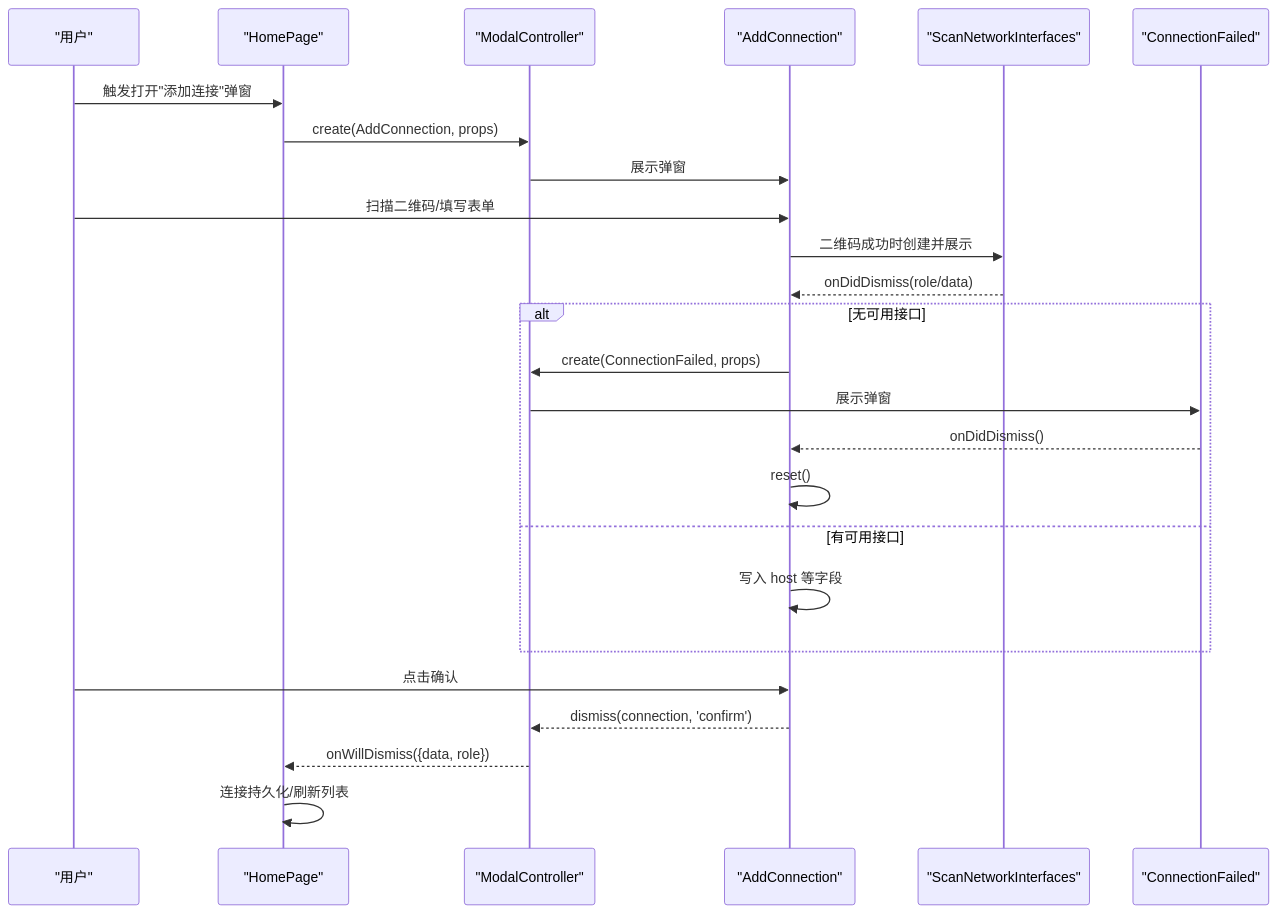
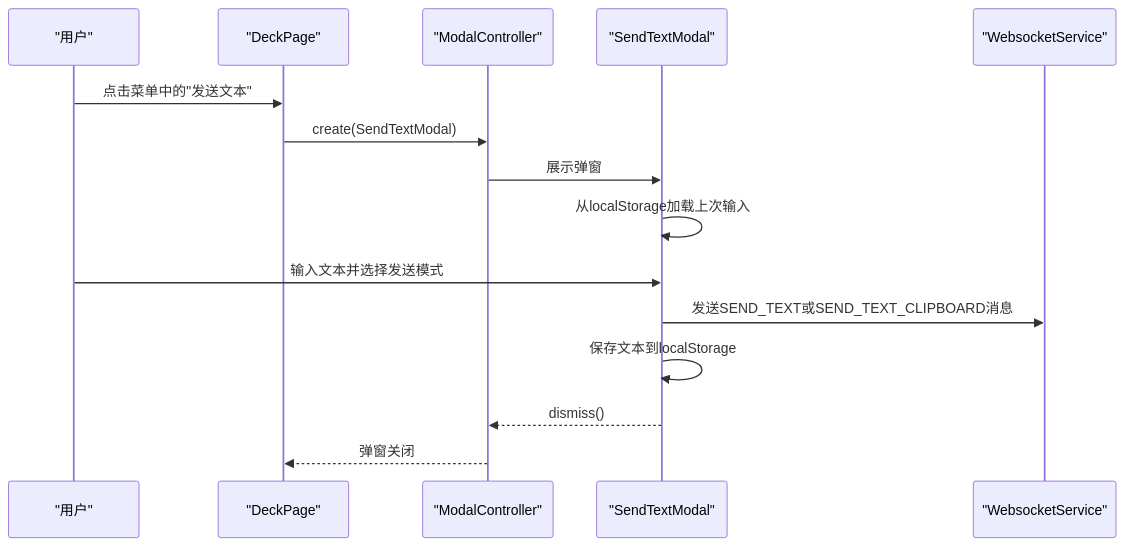
Before and after one commit to tea4go/Macro-Deck-Client-App: the second of 7 diagrams in .qoder/repowiki/zh/content/用户界面组件/弹窗对话框.md, drawn with Mermaid. The commit also changed other lines of this file and 50 other files, not shown here.

````diff
--- a/.qoder/repowiki/zh/content/用户界面组件/弹窗对话框.md
+++ b/.qoder/repowiki/zh/content/用户界面组件/弹窗对话框.md
@@ -114,27 +131,17 @@
 ```mermaid
 sequenceDiagram
 participant U as "用户"
-participant HP as "HomePage"
+participant DP as "DeckPage"
 participant MC as "ModalController"
-participant AC as "AddConnection"
-participant SNI as "ScanNetworkInterfaces"
-participant CF as "ConnectionFailed"
-U->>HP : 触发打开"添加连接"弹窗
-HP->>MC : create(AddConnection, props)
-MC->>AC : 展示弹窗
-U->>AC : 扫描二维码/填写表单
-AC->>SNI : 二维码成功时创建并展示
-SNI-->>AC : onDidDismiss(role/data)
-alt 无可用接口
-AC->>MC : create(ConnectionFailed, props)
-MC->>CF : 展示弹窗
-CF-->>AC : onDidDismiss()
-AC->>AC : reset()
-else 有可用接口
-AC->>AC : 写入 host 等字段
-end
-U->>AC : 点击确认
-AC-->>MC : dismiss(connection, 'confirm')
-MC-->>HP : onWillDismiss({data, role})
-HP->>HP : 连接持久化/刷新列表
+participant STM as "SendTextModal"
+participant WS as "WebsocketService"
+U->>DP : 点击菜单中的"发送文本"
+DP->>MC : create(SendTextModal)
+MC->>STM : 展示弹窗
+STM->>STM : 从localStorage加载上次输入
+U->>STM : 输入文本并选择发送模式
+STM->>WS : 发送SEND_TEXT或SEND_TEXT_CLIPBOARD消息
+STM->>STM : 保存文本到localStorage
+STM-->>MC : dismiss()
+MC-->>DP : 弹窗关闭
 ```
````
